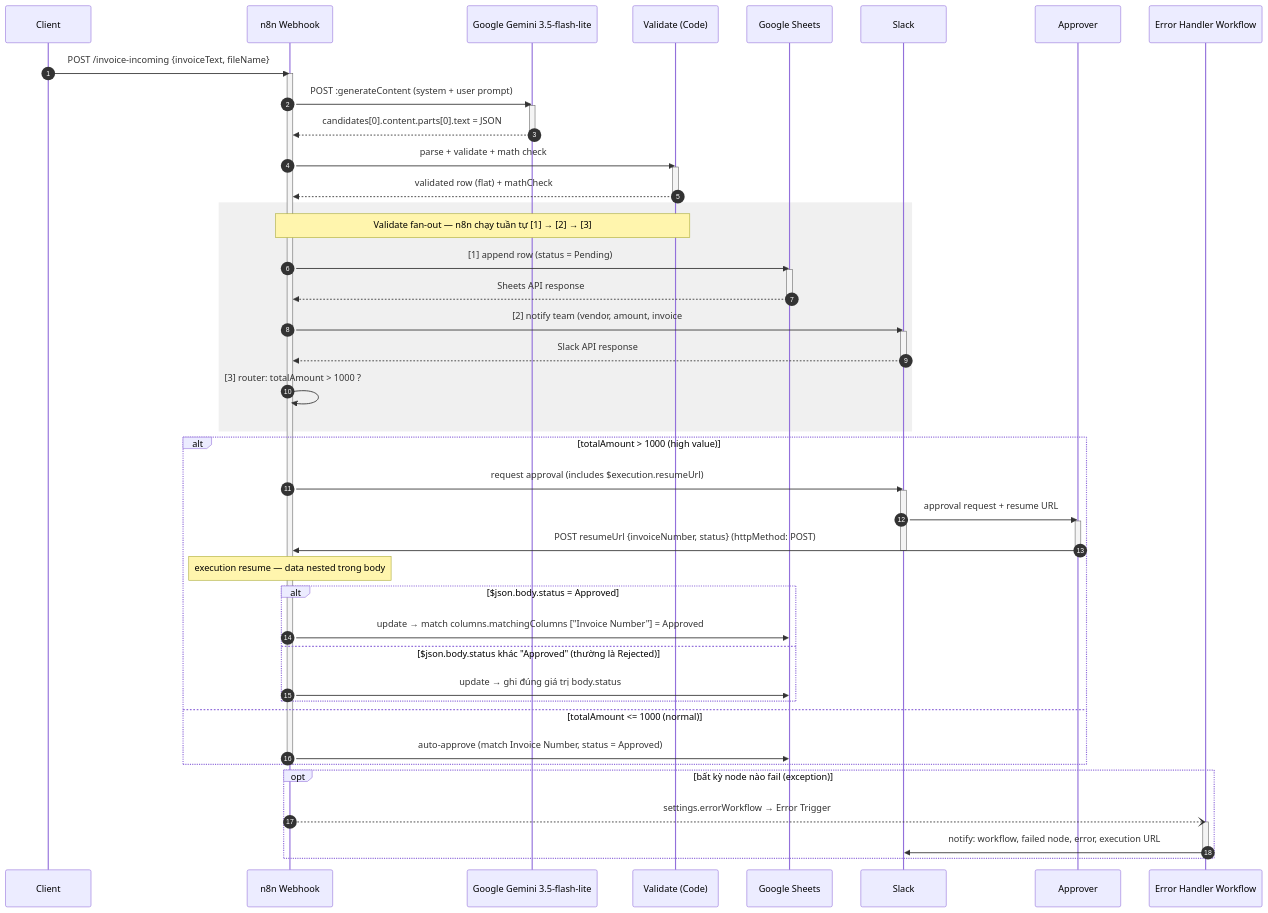
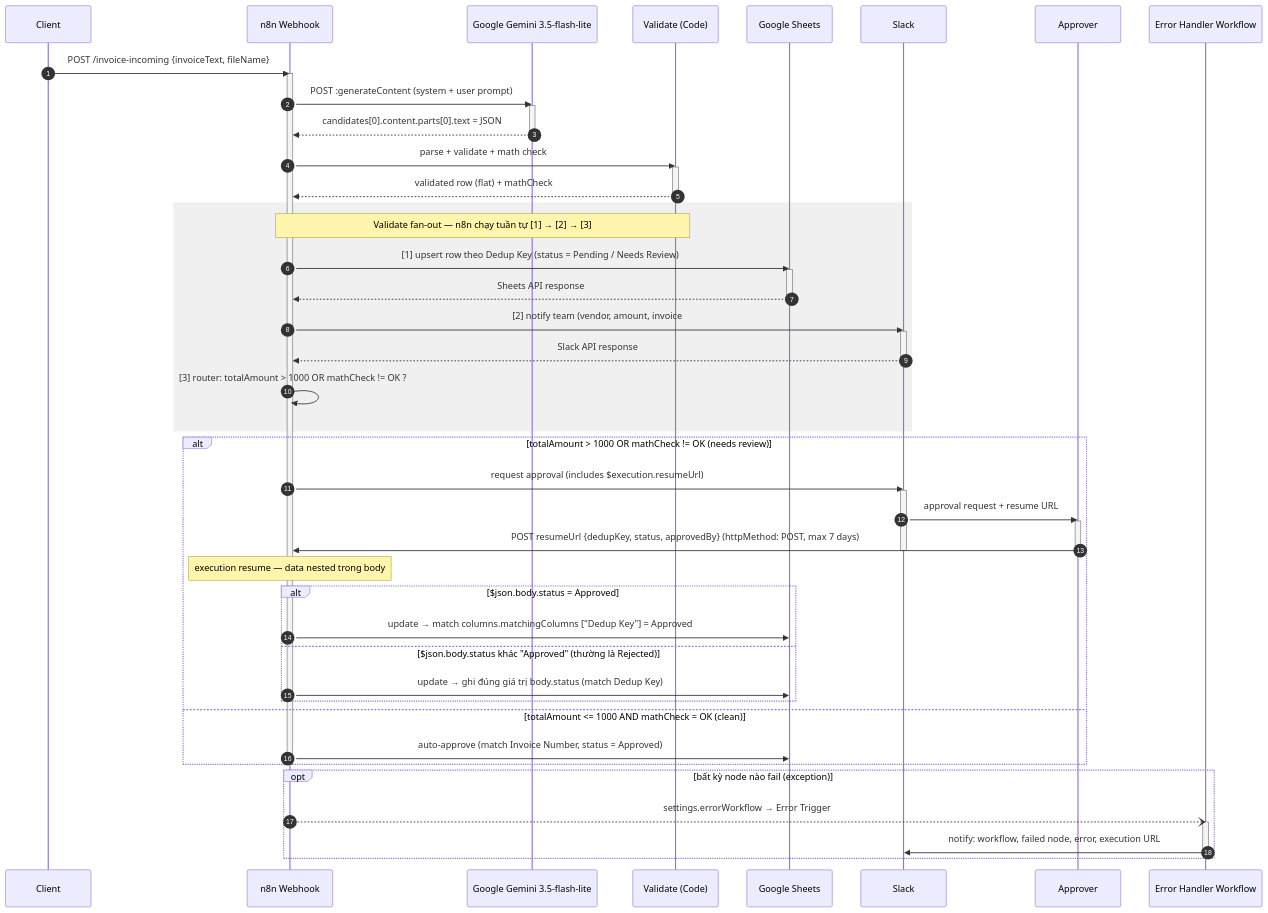
Before and after one commit to DoTuanPhong/make_-Invoice-processing-automated-workflow: the diagram in sequence-diagram.md, drawn with Mermaid. The commit also changed other lines of this file and 11 other files, not shown here.

````diff
--- a/sequence-diagram.md
+++ b/sequence-diagram.md
@@ -7,62 +7,62 @@
 ```mermaid
 sequenceDiagram
     autonumber
     participant C as Client
     participant W as n8n Webhook
     participant AI as Google Gemini 3.5-flash-lite
     participant V as Validate (Code)
     participant GS as Google Sheets
     participant SL as Slack
     participant AP as Approver
     participant EH as Error Handler Workflow
 
     C->>W: POST /invoice-incoming {invoiceText, fileName}
     activate W
     W->>AI: POST :generateContent (system + user prompt)
     activate AI
     AI-->>W: candidates[0].content.parts[0].text = JSON
     deactivate AI
     W->>V: parse + validate + math check
     activate V
     V-->>W: validated row (flat) + mathCheck
     deactivate V
 
     rect rgb(240, 240, 240)
     Note over W,V: Validate fan-out — n8n chạy tuần tự [1] → [2] → [3]
-    W->>GS: [1] append row (status = Pending)
+    W->>GS: [1] upsert row theo Dedup Key (status = Pending / Needs Review)
     activate GS
     GS-->>W: Sheets API response
     deactivate GS
     W->>SL: [2] notify team (vendor, amount, invoice#)
     activate SL
     SL-->>W: Slack API response
     deactivate SL
-    W->>W: [3] router: totalAmount > 1000 ?
+    W->>W: [3] router: totalAmount > 1000 OR mathCheck != OK ?
     end
 
-    alt totalAmount > 1000 (high value)
+        alt totalAmount > 1000 OR mathCheck != OK (needs review)
         W->>SL: request approval (includes $execution.resumeUrl)
         activate SL
         SL->>AP: approval request + resume URL
         activate AP
-        AP->>W: POST resumeUrl {invoiceNumber, status} (httpMethod: POST)
+        AP->>W: POST resumeUrl {dedupKey, status, approvedBy} (httpMethod: POST, max 7 days)
         deactivate AP
         deactivate SL
         Note over W: execution resume — data nested trong body
         alt $json.body.status = Approved
-            W->>GS: update → match columns.matchingColumns ["Invoice Number"] = Approved
+            W->>GS: update → match columns.matchingColumns ["Dedup Key"] = Approved
         else $json.body.status khác "Approved" (thường là Rejected)
-            W->>GS: update → ghi đúng giá trị body.status
+            W->>GS: update → ghi đúng giá trị body.status (match Dedup Key)
         end
-    else totalAmount <= 1000 (normal)
+        else totalAmount <= 1000 AND mathCheck = OK (clean)
         W->>GS: auto-approve (match Invoice Number, status = Approved)
     end
     deactivate W
 
     opt bất kỳ node nào fail (exception)
         W--)EH: settings.errorWorkflow → Error Trigger
         activate EH
         EH->>SL: notify: workflow, failed node, error, execution URL
         deactivate EH
     end
 ```
````
